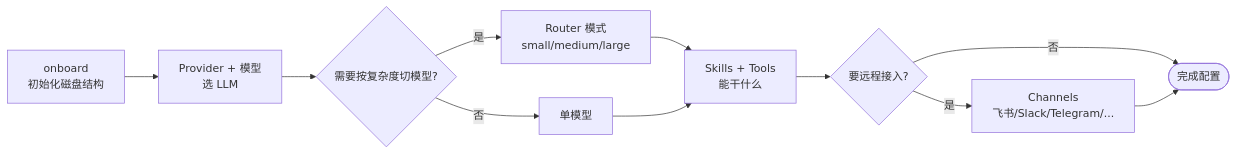
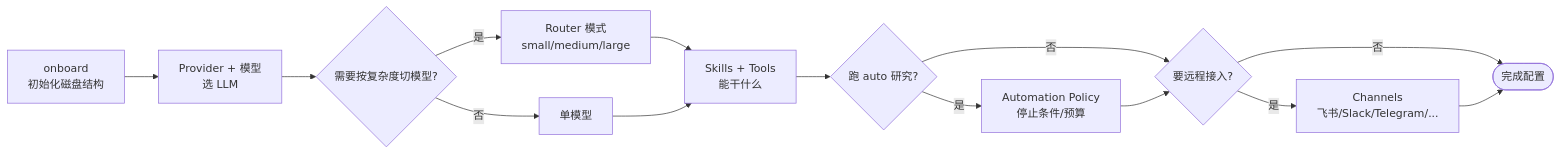
Before and after one commit to MIRA-Intelligence/mira-docs: the diagram in docs/usage/agent-config/README.md, drawn with Mermaid. The commit also changed other lines of this file and 3 other files, not shown here.

First line of the commit message:
Document auto mode and automation policy.

````diff
--- a/docs/usage/agent-config/README.md
+++ b/docs/usage/agent-config/README.md
@@ -5,13 +5,16 @@
 ```mermaid
 flowchart LR
     A[onboard<br/>初始化磁盘结构] --> B[Provider + 模型<br/>选 LLM]
     B --> C{需要按复杂度切模型?}
     C -- 是 --> D[Router 模式<br/>small/medium/large]
     C -- 否 --> E[单模型]
     D --> F[Skills + Tools<br/>能干什么]
     E --> F
-    F --> G{要远程接入?}
-    G -- 是 --> H[Channels<br/>飞书/Slack/Telegram/...]
-    G -- 否 --> I([完成配置])
-    H --> I
+    F --> G{跑 auto 研究?}
+    G -- 是 --> J[Automation Policy<br/>停止条件/预算]
+    G -- 否 --> H{要远程接入?}
+    J --> H
+    H -- 是 --> K[Channels<br/>飞书/Slack/Telegram/...]
+    H -- 否 --> I([完成配置])
+    K --> I
 ```
````
